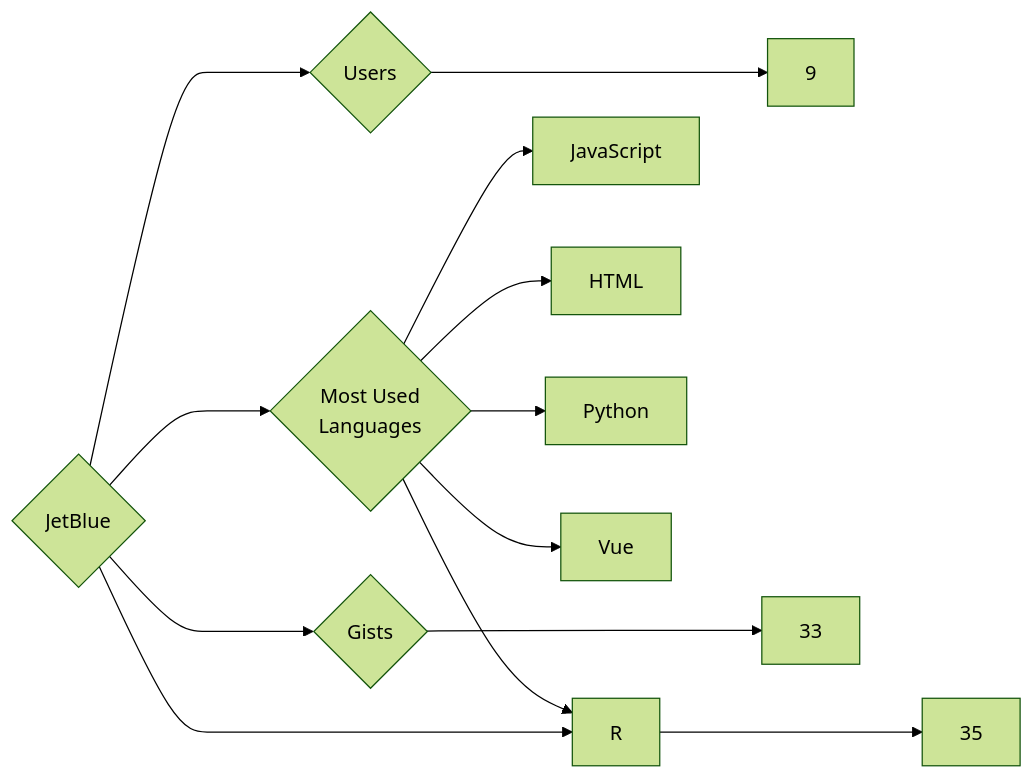
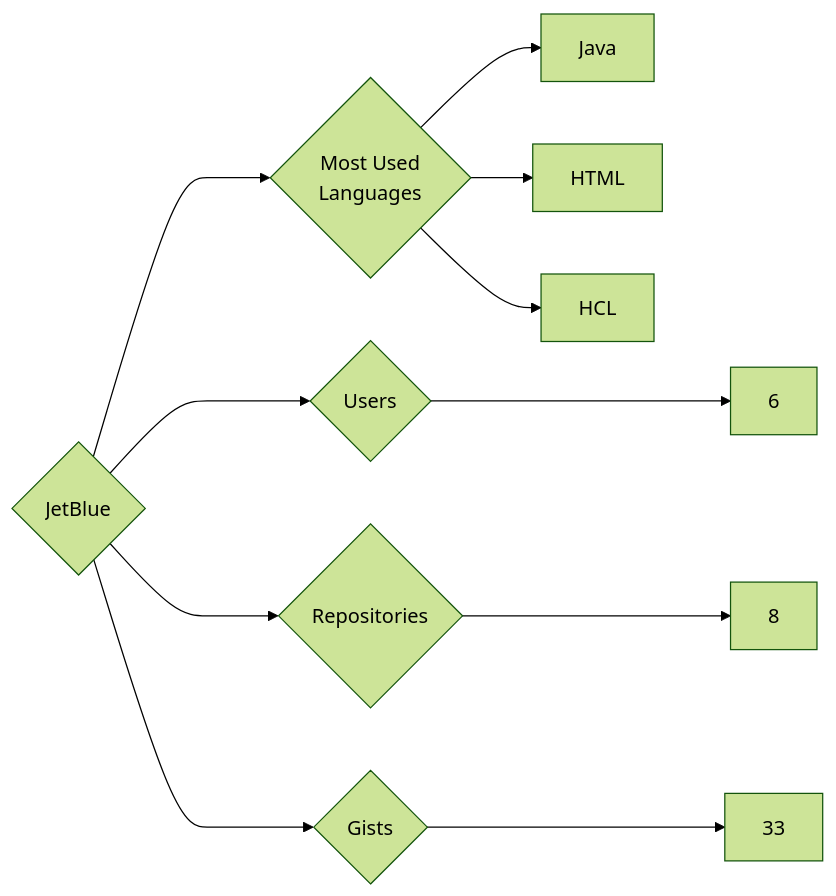
One commit to trickest/insiders changed the diagram in targets/JetBlue/README.md. Above: the diagram before and after it, drawn with Mermaid (forest theme). The commit also changed 693 other files, not shown here.

````diff
--- a/targets/JetBlue/README.md
+++ b/targets/JetBlue/README.md
@@ -3,13 +3,11 @@
 ```mermaid
 graph LR
 COMPANY_NAME{JetBlue}
-COMPANY_NAME ---> U{Users} ---> UN[9]
-COMPANY_NAME ---> R{Repositories} ---> RN[35]
+COMPANY_NAME ---> U{Users} ---> UN[6]
+COMPANY_NAME ---> R{Repositories} ---> RN[8]
 COMPANY_NAME ---> G{Gists} ---> GN[33]
 COMPANY_NAME ---> ML{Most Used<br>Languages}
-ML --> JavaScript[JavaScript]
+ML --> Java[Java]
 ML --> HTML[HTML]
-ML --> Python[Python]
-ML --> Vue[Vue]
-ML --> R[R]
+ML --> HCL[HCL]
 ```
````
